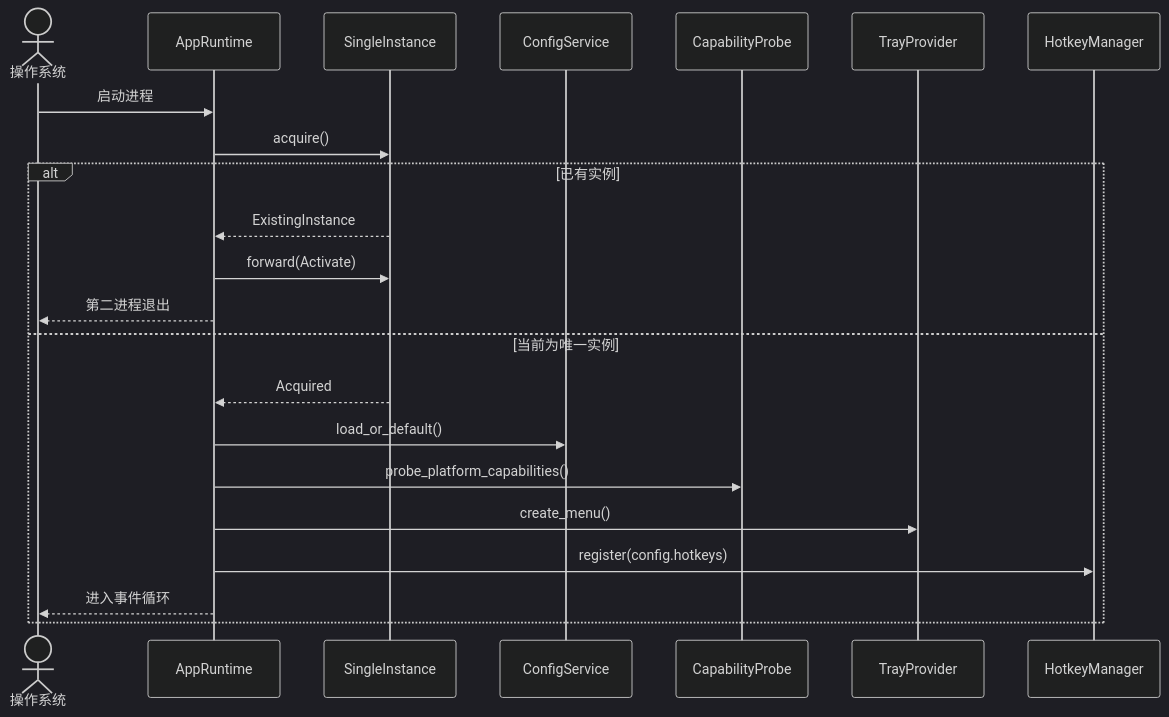
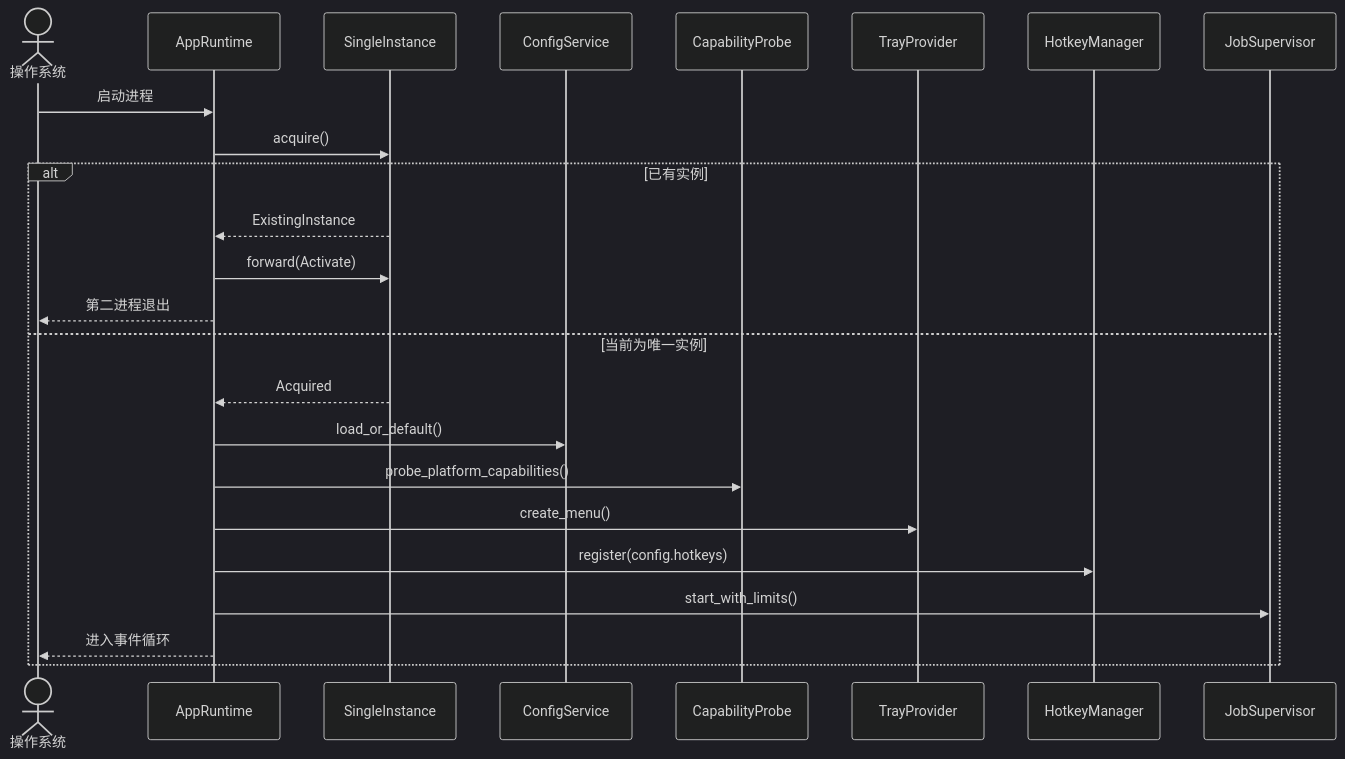
One commit to yhyzgn/pinora changed diagram 16 of 22 in docs/Pinora-开发设计文档.md. Above: the diagram before and after it, drawn with Mermaid (dark theme). The commit also changed other lines of this file and 80 other files, not shown here.

````diff
--- a/docs/Pinora-开发设计文档.md
+++ b/docs/Pinora-开发设计文档.md
@@ -710,24 +866,26 @@
 ```mermaid
 sequenceDiagram
     actor OS as 操作系统
     participant App as AppRuntime
     participant Lock as SingleInstance
     participant Config as ConfigService
     participant Cap as CapabilityProbe
     participant Tray as TrayProvider
     participant HK as HotkeyManager
+    participant Jobs as JobSupervisor
     OS->>App: 启动进程
     App->>Lock: acquire()
     alt 已有实例
         Lock-->>App: ExistingInstance
         App->>Lock: forward(Activate)
         App-->>OS: 第二进程退出
     else 当前为唯一实例
         Lock-->>App: Acquired
         App->>Config: load_or_default()
         App->>Cap: probe_platform_capabilities()
         App->>Tray: create_menu()
         App->>HK: register(config.hotkeys)
+        App->>Jobs: start_with_limits()
         App-->>OS: 进入事件循环
     end
 ```
````
